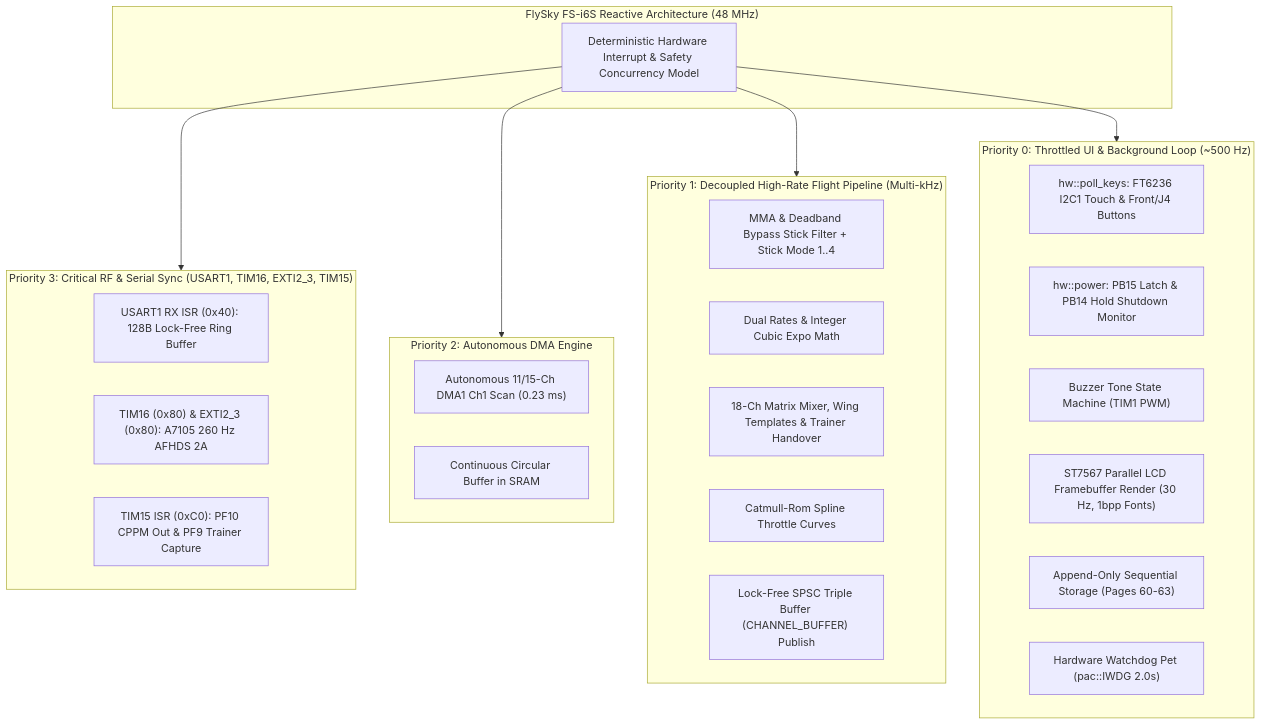
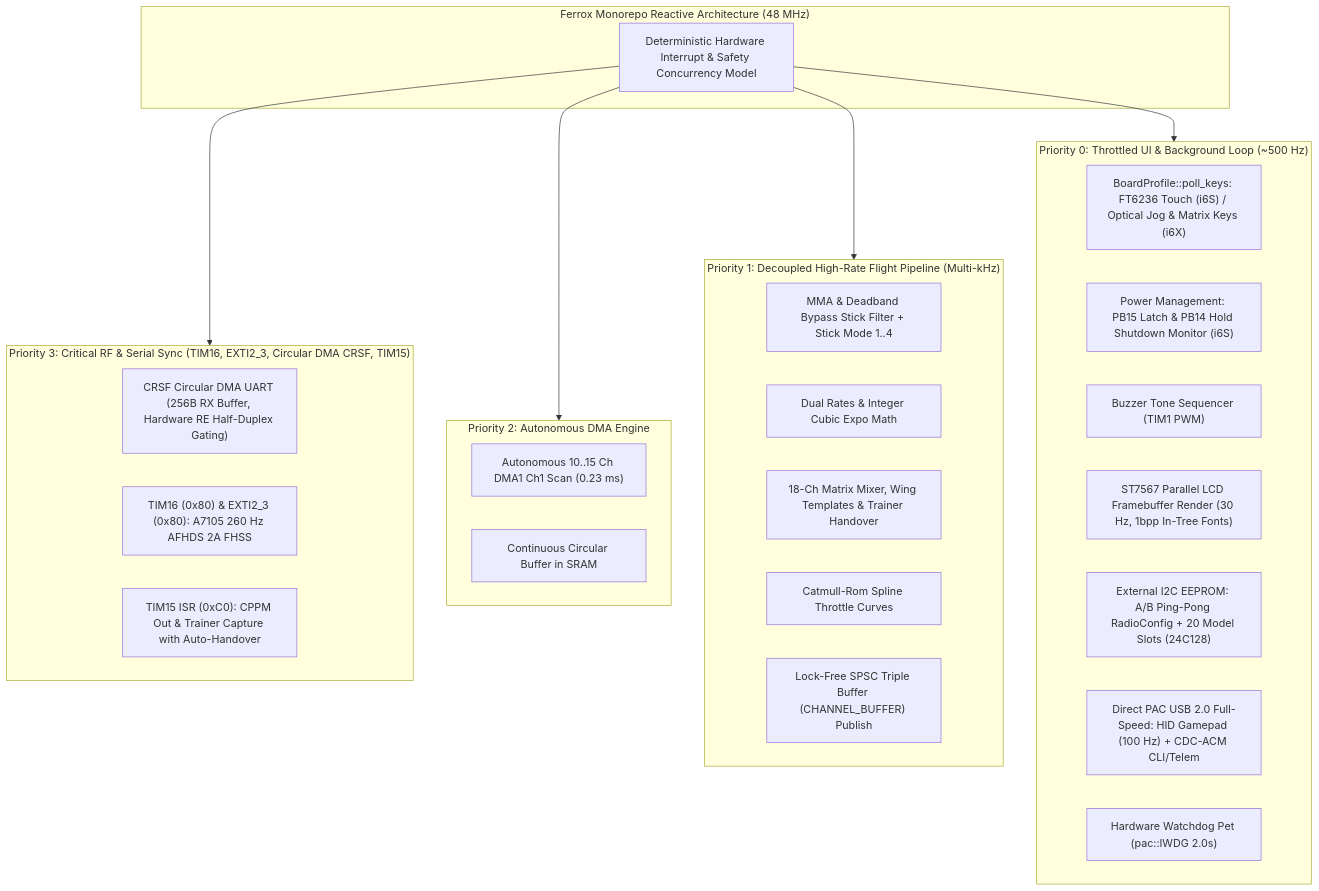
One commit to ferrox-rc/ferrox changed the diagram in README.md. Above: the diagram before and after it, drawn with Mermaid. The commit also changed other lines of this file, not shown here.

Commit message:
docs(readme): update flowchart for EEPROM/DMA and document multi-radio monorepo roadmap

````diff
--- a/README.md
+++ b/README.md
@@ -67,39 +51,40 @@
 ```mermaid
 flowchart TD
-    subgraph Core ["FlySky FS-i6S Reactive Architecture (48 MHz)"]
+    subgraph Core ["Ferrox Monorepo Reactive Architecture (48 MHz)"]
         SCHED["Deterministic Hardware Interrupt & Safety Concurrency Model"]
     end
 
-    subgraph P3 ["Priority 3: Critical RF & Serial Sync (USART1, TIM16, EXTI2_3, TIM15)"]
-        UART1["USART1 RX ISR (0x40): 128B Lock-Free Ring Buffer"]
-        RF1["TIM16 (0x80) & EXTI2_3 (0x80): A7105 260 Hz AFHDS 2A"]
-        TRN["TIM15 ISR (0xC0): PF10 CPPM Out & PF9 Trainer Capture"]
+    subgraph P3 ["Priority 3: Critical RF & Serial Sync (TIM16, EXTI2_3, Circular DMA CRSF, TIM15)"]
+        UART1["CRSF Circular DMA UART (256B RX Buffer, Hardware RE Half-Duplex Gating)"]
+        RF1["TIM16 (0x80) & EXTI2_3 (0x80): A7105 260 Hz AFHDS 2A FHSS"]
+        TRN["TIM15 ISR (0xC0): CPPM Out & Trainer Capture with Auto-Handover"]
     end
 
     subgraph P2 ["Priority 2: Autonomous DMA Engine"]
-        ADC1["Autonomous 11/15-Ch DMA1 Ch1 Scan (0.23 ms)"]
+        ADC1["Autonomous 10..15 Ch DMA1 Ch1 Scan (0.23 ms)"]
         ADC2["Continuous Circular Buffer in SRAM"]
     end
 
     subgraph P1 ["Priority 1: Decoupled High-Rate Flight Pipeline (Multi-kHz)"]
         FL1["MMA & Deadband Bypass Stick Filter + Stick Mode 1..4"]
         FL2["Dual Rates & Integer Cubic Expo Math"]
         FL3["18-Ch Matrix Mixer, Wing Templates & Trainer Handover"]
         FL4["Catmull-Rom Spline Throttle Curves"]
         FL5["Lock-Free SPSC Triple Buffer (CHANNEL_BUFFER) Publish"]
     end
 
     subgraph P0 ["Priority 0: Throttled UI & Background Loop (~500 Hz)"]
-        UI1["hw::poll_keys: FT6236 I2C1 Touch & Front/J4 Buttons"]
-        UI2["hw::power: PB15 Latch & PB14 Hold Shutdown Monitor"]
-        UI3["Buzzer Tone State Machine (TIM1 PWM)"]
-        UI4["ST7567 Parallel LCD Framebuffer Render (30 Hz, 1bpp Fonts)"]
-        UI5["Append-Only Sequential Storage (Pages 60-63)"]
-        UI6["Hardware Watchdog Pet (pac::IWDG 2.0s)"]
+        UI1["BoardProfile::poll_keys: FT6236 Touch (i6S) / Optical Jog & Matrix Keys (i6X)"]
+        UI2["Power Management: PB15 Latch & PB14 Hold Shutdown Monitor (i6S)"]
+        UI3["Buzzer Tone Sequencer (TIM1 PWM)"]
+        UI4["ST7567 Parallel LCD Framebuffer Render (30 Hz, 1bpp In-Tree Fonts)"]
+        UI5["External I2C EEPROM: A/B Ping-Pong RadioConfig + 20 Model Slots (24C128)"]
+        UI6["Direct PAC USB 2.0 Full-Speed: HID Gamepad (100 Hz) + CDC-ACM CLI/Telem"]
+        UI7["Hardware Watchdog Pet (pac::IWDG 2.0s)"]
     end
 
     SCHED --> P3
     SCHED --> P2
     SCHED --> P1
     SCHED --> P0
 ```
````
